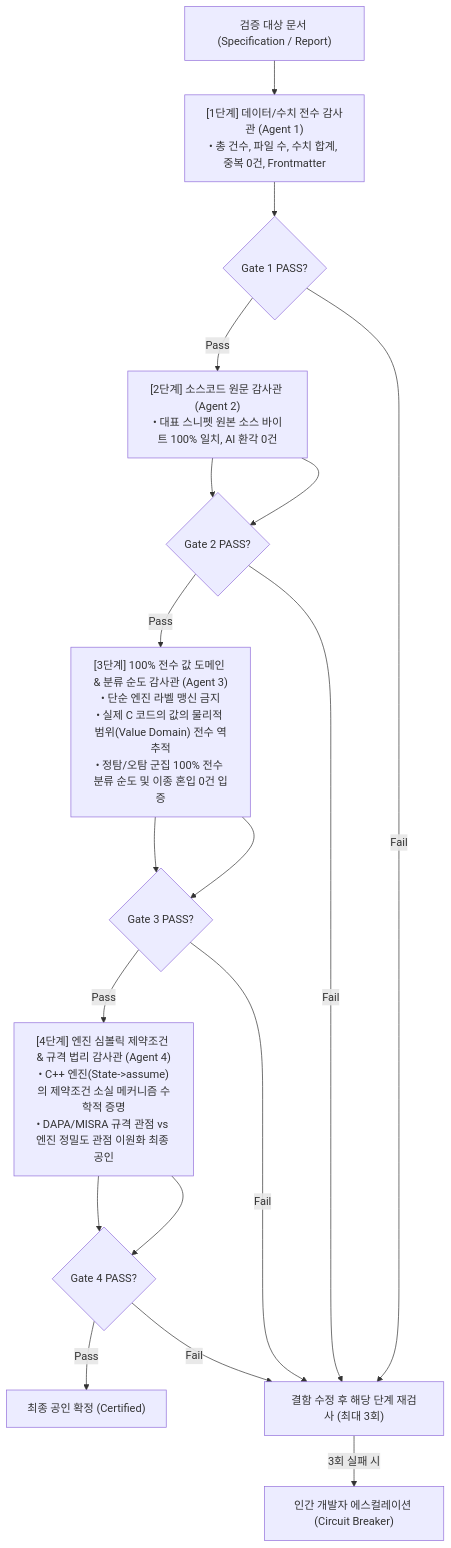
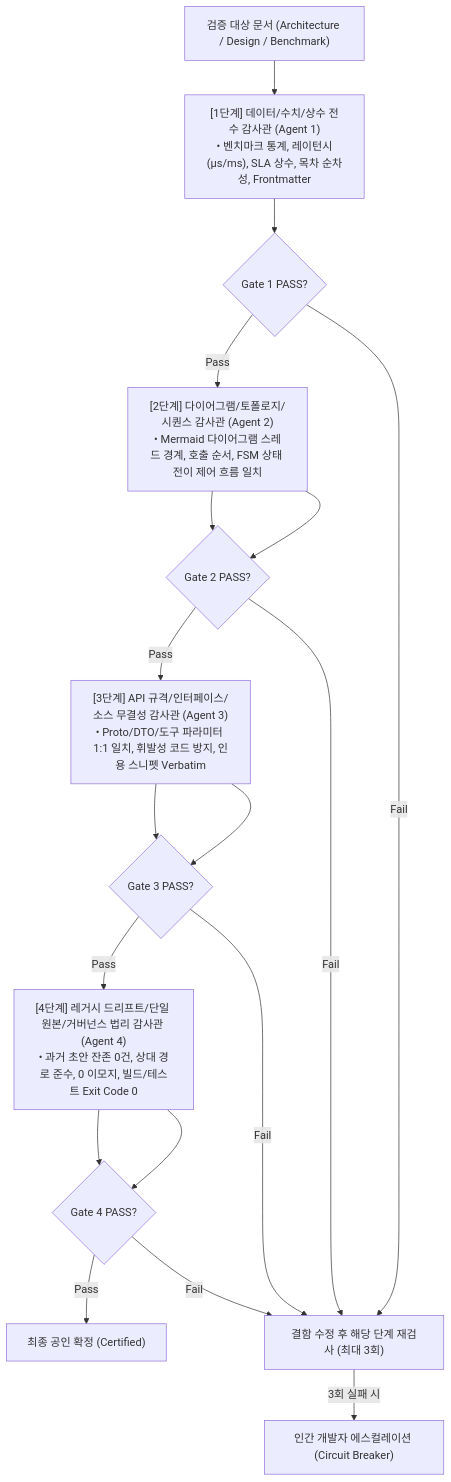
One commit to jin20203458/Obsidian.Agent changed the first of 2 diagrams in ai_agent_refs/Independent_Audit_Protocol_Guidelines.md. Above: the diagram before and after it, drawn with Mermaid. The commit also changed other lines of this file, not shown here.

````diff
--- a/ai_agent_refs/Independent_Audit_Protocol_Guidelines.md
+++ b/ai_agent_refs/Independent_Audit_Protocol_Guidelines.md
@@ -43,34 +46,34 @@
 ```mermaid
 flowchart TD
-    Doc["검증 대상 문서 (Specification / Report)"]
+    Doc["검증 대상 문서 (Architecture / Design / Benchmark)"]
 
-    Stage1["[1단계] 데이터/수치 전수 감사관 (Agent 1)<br>• 총 건수, 파일 수, 수치 합계, 중복 0건, Frontmatter"]
+    Stage1["[1단계] 데이터/수치/상수 전수 감사관 (Agent 1)<br>• 벤치마크 통계, 레이턴시(μs/ms), SLA 상수, 목차 순차성, Frontmatter"]
     Gate1{"Gate 1 PASS?"}
     
-    Stage2["[2단계] 소스코드 원문 감사관 (Agent 2)<br>• 대표 스니펫 원본 소스 바이트 100% 일치, AI 환각 0건"]
+    Stage2["[2단계] 다이어그램/토폴로지/시퀀스 감사관 (Agent 2)<br>• Mermaid 다이어그램 스레드 경계, 호출 순서, FSM 상태 전이 제어 흐름 일치"]
     Gate2{"Gate 2 PASS?"}
 
-    Stage3["[3단계] 100% 전수 값 도메인 & 분류 순도 감사관 (Agent 3)<br>• 단순 엔진 라벨 맹신 금지<br>• 실제 C 코드의 값의 물리적 범위(Value Domain) 전수 역추적<br>• 정탐/오탐 군집 100% 전수 분류 순도 및 이종 혼입 0건 입증"]
+    Stage3["[3단계] API 규격/인터페이스/소스 무결성 감사관 (Agent 3)<br>• Proto/DTO/도구 파라미터 1:1 일치, 휘발성 코드 방지, 인용 스니펫 Verbatim"]
     Gate3{"Gate 3 PASS?"}
 
-    Stage4["[4단계] 엔진 심볼릭 제약조건 & 규격 법리 감사관 (Agent 4)<br>• C++ 엔진(State->assume)의 제약조건 소실 메커니즘 수학적 증명<br>• DAPA/MISRA 규격 관점 vs 엔진 정밀도 관점 이원화 최종 공인"]
+    Stage4["[4단계] 레거시 드리프트/단일 원본/거버넌스 법리 감사관 (Agent 4)<br>• 과거 초안 잔존 0건, 상대 경로 준수, 0 이모지, 빌드/테스트 Exit Code 0"]
     Gate4{"Gate 4 PASS?"}
 
     FinalPass["최종 공인 확정 (Certified)"]
     FailRollback["결함 수정 후 해당 단계 재검사 (최대 3회)"]
     Escalate["인간 개발자 에스컬레이션 (Circuit Breaker)"]
 
     Doc --> Stage1 --> Gate1
     Gate1 -- Pass --> Stage2 --> Gate2
     Gate1 -- Fail --> FailRollback
     Stage2 --> Gate2
     Gate2 -- Pass --> Stage3 --> Gate3
     Gate2 -- Fail --> FailRollback
     Stage3 --> Gate3
     Gate3 -- Pass --> Stage4 --> Gate4
     Gate3 -- Fail --> FailRollback
     Stage4 --> Gate4
     Gate4 -- Pass --> FinalPass
     Gate4 -- Fail --> FailRollback
     FailRollback -- 3회 실패 시 --> Escalate
 ```
````
